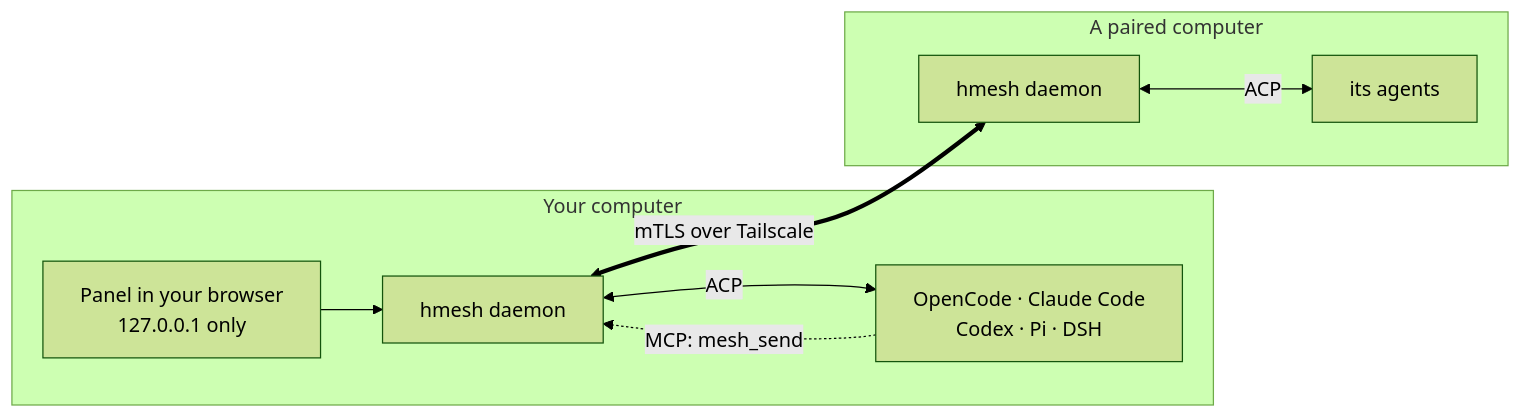
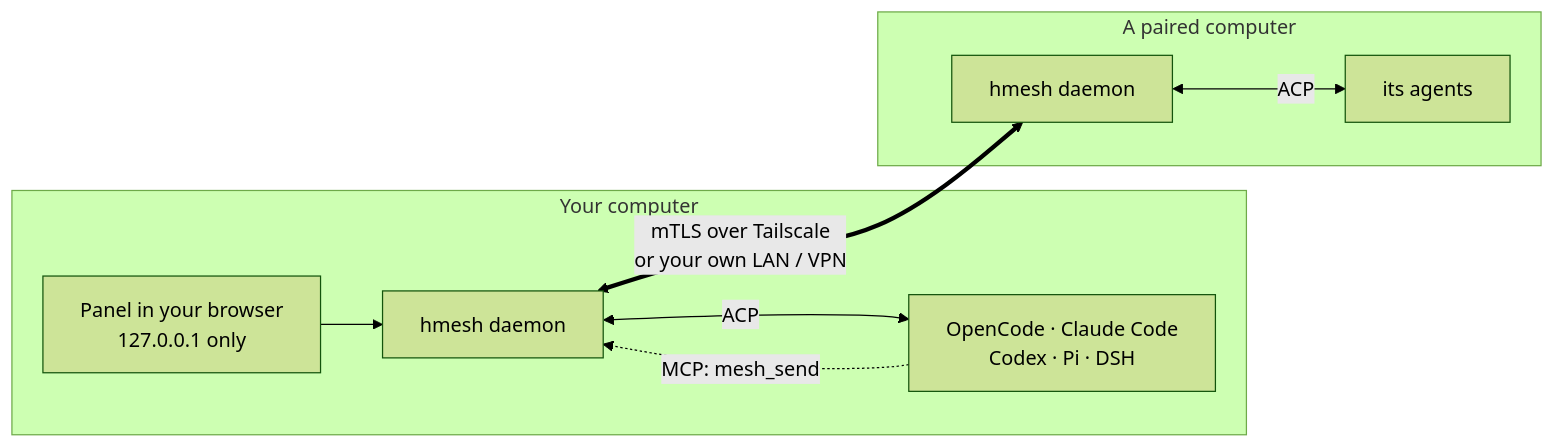
Before and after one commit to jackie-cqz/HarnessMesh: the diagram in README.md, drawn with Mermaid (forest theme). The commit also changed other lines of this file and 10 other files, not shown here.

````diff
--- a/README.md
+++ b/README.md
@@ -42,12 +48,12 @@
 ```mermaid
 flowchart LR
   subgraph A["Your computer"]
     panel["Panel in your browser<br/>127.0.0.1 only"] --> d1["hmesh daemon"]
     d1 <-->|ACP| a1["OpenCode · Claude Code<br/>Codex · Pi · DSH"]
     a1 -.->|"MCP: mesh_send"| d1
   end
   subgraph B["A paired computer"]
     d2["hmesh daemon"] <-->|ACP| a2["its agents"]
   end
-  d1 <==>|"mTLS over Tailscale"| d2
+  d1 <==>|"mTLS over Tailscale<br/>or your own LAN / VPN"| d2
 ```
````
